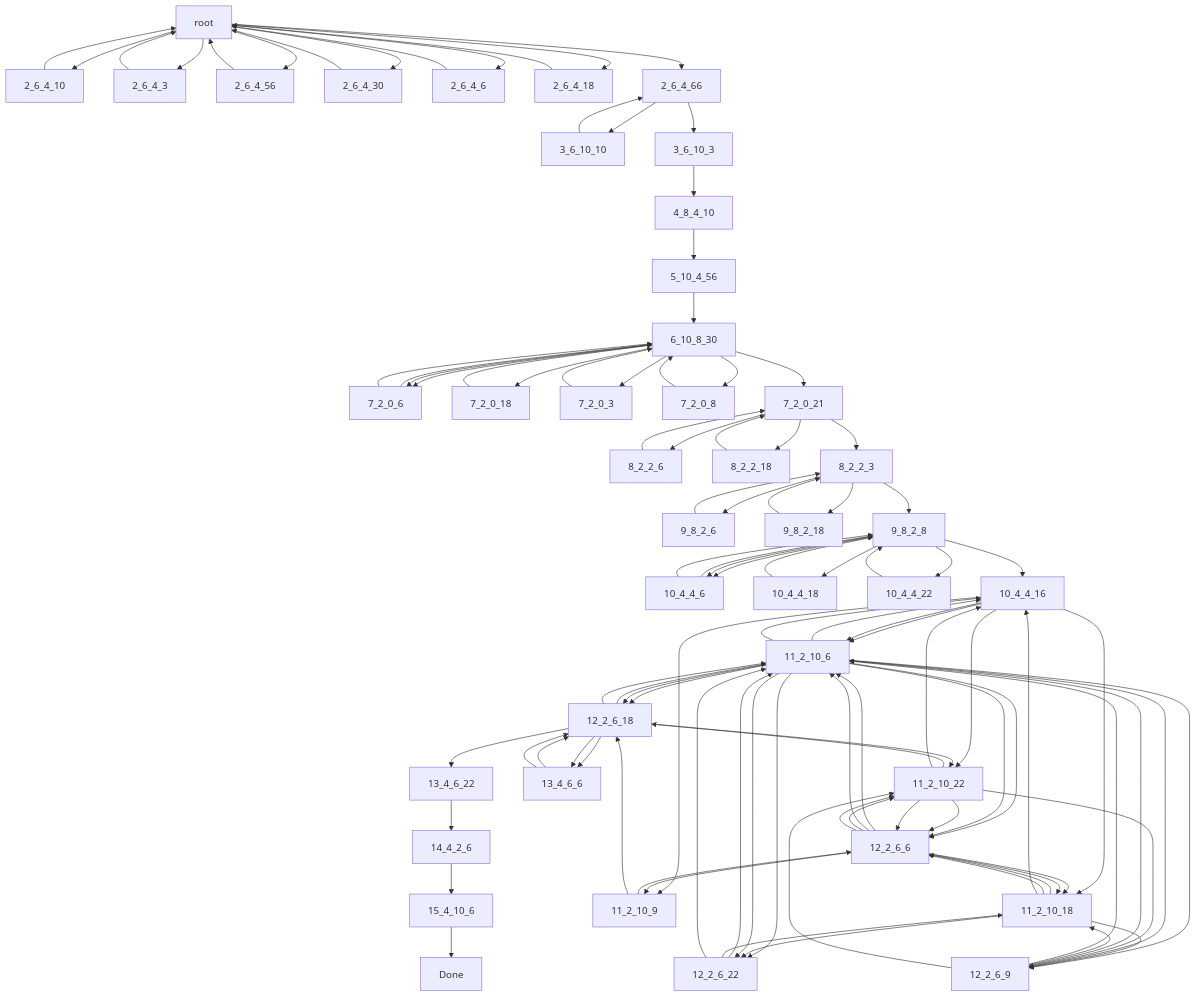
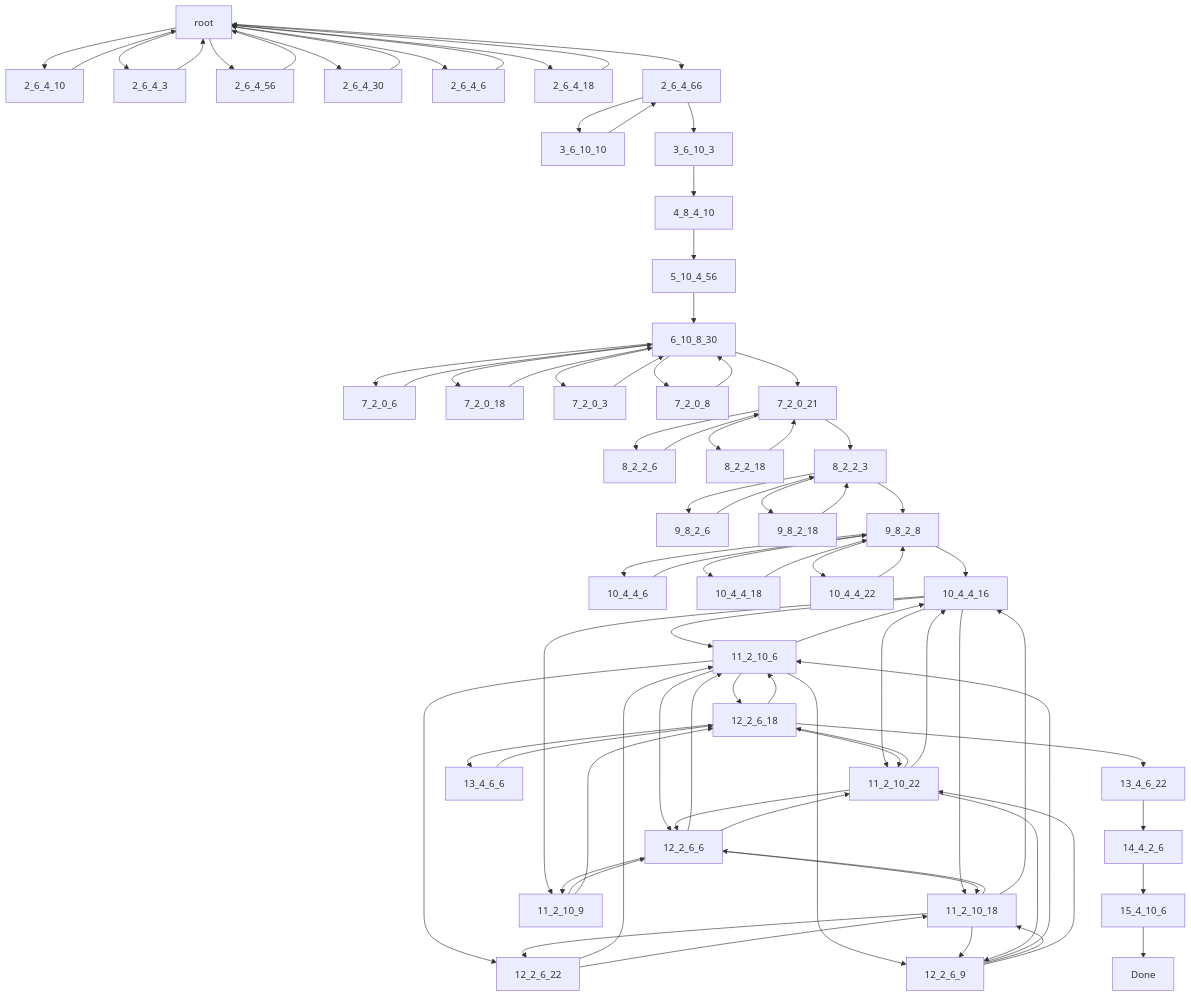
Before and after one commit to buildcomplete/YT-autoplay-cross-math: the third of 5 diagrams in README.md, drawn with Mermaid. The commit also changed other lines of this file and 2 other files, not shown here.

````diff
--- a/README.md
+++ b/README.md
@@ -250,8 +241,6 @@
 7_2_0_3-->6_10_8_30
 6_10_8_30-->7_2_0_8
 7_2_0_8-->6_10_8_30
-6_10_8_30-->7_2_0_6
-7_2_0_6-->6_10_8_30
 6_10_8_30-->7_2_0_21
 7_2_0_21-->8_2_2_6
 8_2_2_6-->7_2_0_21
@@ -267,8 +256,6 @@
 10_4_4_6-->9_8_2_8
 9_8_2_8-->10_4_4_18
 10_4_4_18-->9_8_2_8
-9_8_2_8-->10_4_4_6
-10_4_4_6-->9_8_2_8
 9_8_2_8-->10_4_4_22
 10_4_4_22-->9_8_2_8
 9_8_2_8-->10_4_4_16
@@ -285,30 +272,16 @@
 10_4_4_16-->11_2_10_18
 11_2_10_18-->12_2_6_6
 12_2_6_6-->11_2_10_18
-11_2_10_18-->12_2_6_6
-12_2_6_6-->11_2_10_18
 11_2_10_18-->12_2_6_22
 12_2_6_22-->11_2_10_18
 11_2_10_18-->12_2_6_9
 12_2_6_9-->11_2_10_18
 11_2_10_18-->10_4_4_16
-10_4_4_16-->11_2_10_6
-11_2_10_6-->12_2_6_6
-12_2_6_6-->11_2_10_6
-11_2_10_6-->12_2_6_18
-12_2_6_18-->11_2_10_6
-11_2_10_6-->12_2_6_22
-12_2_6_22-->11_2_10_6
-11_2_10_6-->12_2_6_9
-12_2_6_9-->11_2_10_6
-11_2_10_6-->10_4_4_16
 10_4_4_16-->11_2_10_22
 11_2_10_22-->12_2_6_6
 12_2_6_6-->11_2_10_22
 11_2_10_22-->12_2_6_18
 12_2_6_18-->11_2_10_22
-11_2_10_22-->12_2_6_6
-12_2_6_6-->11_2_10_22
 11_2_10_22-->12_2_6_9
 12_2_6_9-->11_2_10_22
 11_2_10_22-->10_4_4_16
@@ -318,10 +291,7 @@
 11_2_10_9-->12_2_6_18
 12_2_6_18-->13_4_6_6
 13_4_6_6-->12_2_6_18
-12_2_6_18-->13_4_6_6
-13_4_6_6-->12_2_6_18
 12_2_6_18-->13_4_6_22
 13_4_6_22-->14_4_2_6
 14_4_2_6-->15_4_10_6-->Done
-
 ```
````
